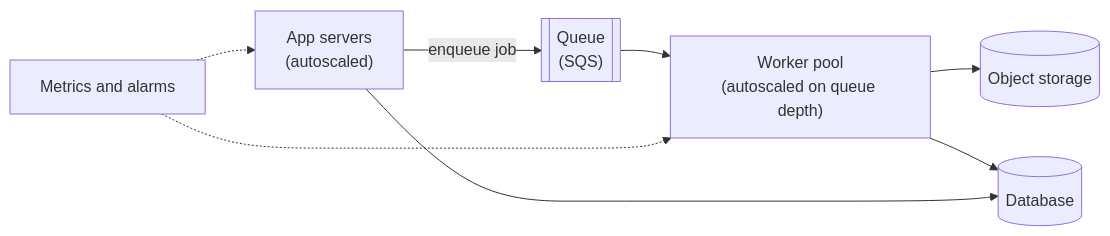
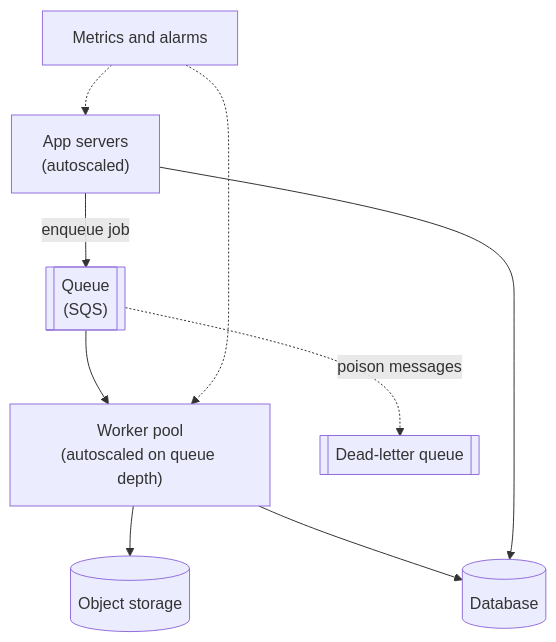
One commit to butyavk/system-design changed the seventh of 9 diagrams in src/content/docs/practice/scaling-to-millions.mdx. Above: the diagram before and after it, drawn with Mermaid. The commit also changed other lines of this file and 144 other files, not shown here.

````diff
--- a/src/content/docs/practice/scaling-to-millions.mdx
+++ b/src/content/docs/practice/scaling-to-millions.mdx
@@ -250,9 +251,10 @@
 ```mermaid
-flowchart LR
+flowchart TB
   app["App servers<br/>(autoscaled)"] -->|"enqueue job"| queue[["Queue<br/>(SQS)"]]
   queue --> workers["Worker pool<br/>(autoscaled on queue depth)"]
+  queue -.->|"poison messages"| dlq[["Dead-letter queue"]]
   workers --> obj[("Object storage")]
   workers --> db[("Database")]
   app --> db
   metrics["Metrics and alarms"] -.-> app & workers
 ```
````
